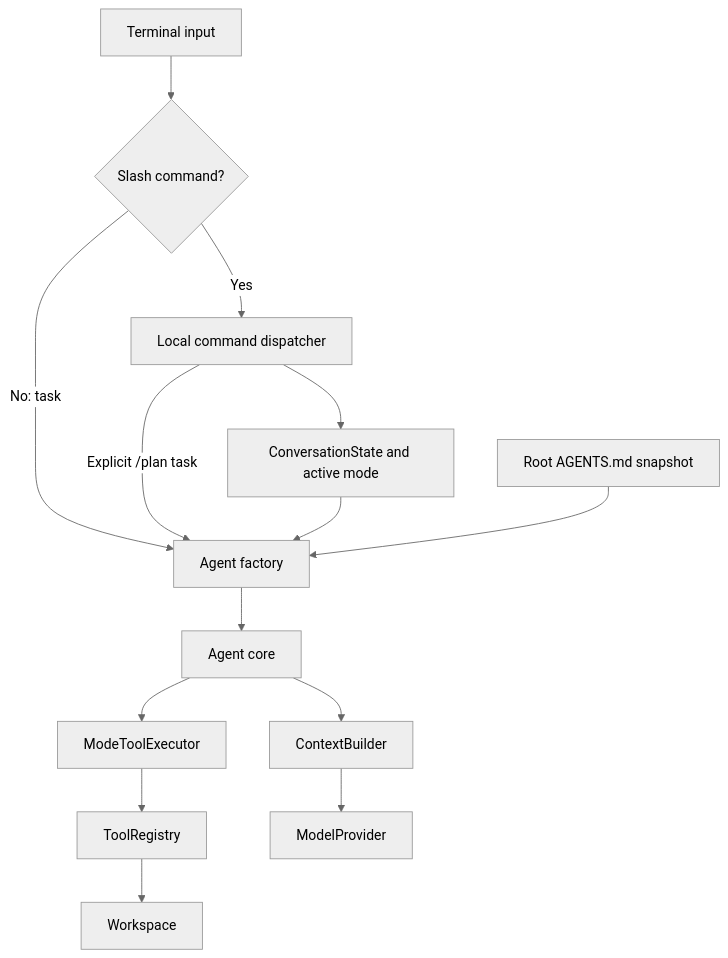
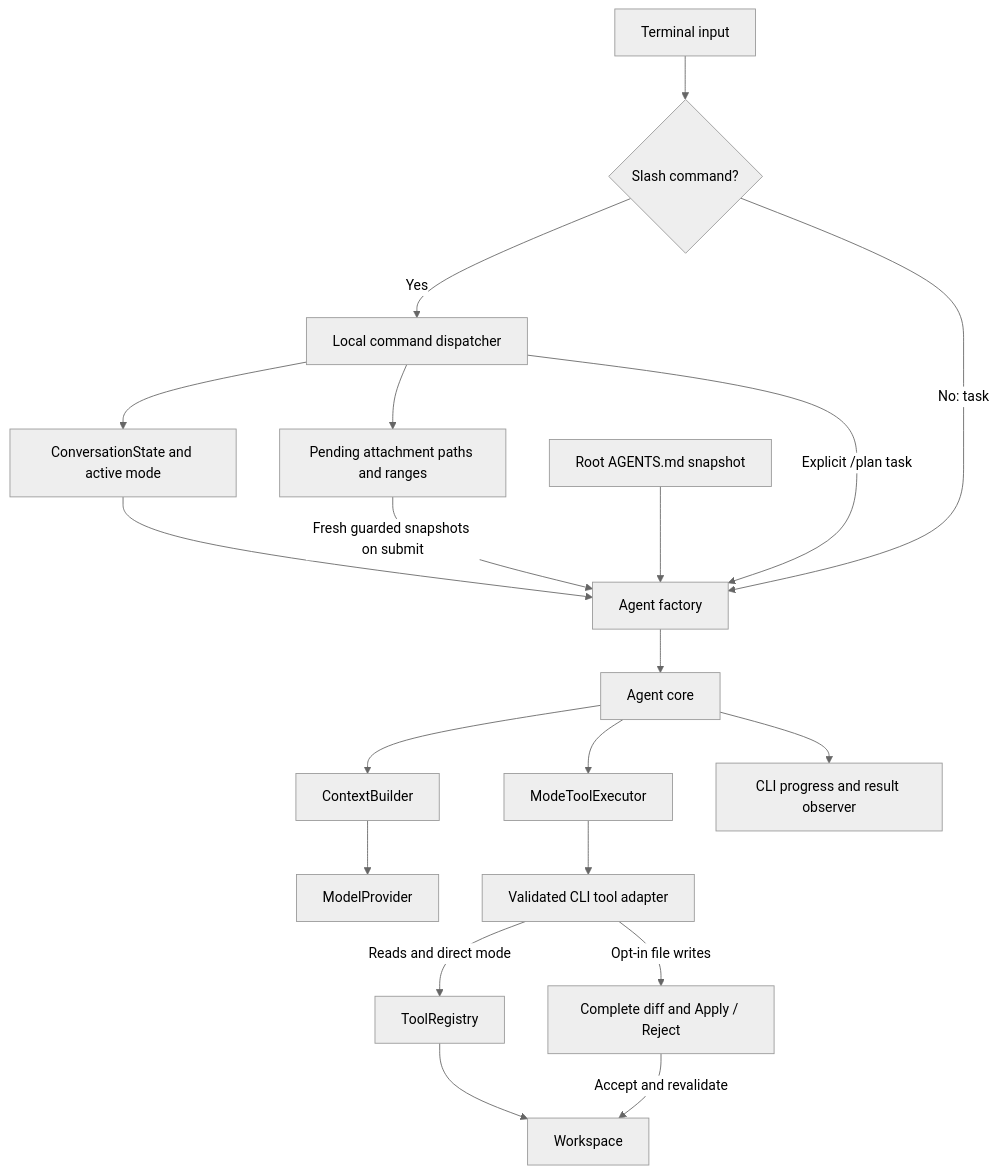
The first of 3 diagrams in docs/interactive.md (mtirtasana/ai-coding-agent), drawn with Mermaid (neutral theme) before and after one commit. The commit also changed other lines of this file and 27 other files, not shown here.

Commit message:
Improve CLI composition, progress, attachments and opt-in reviewed edits

````diff
--- a/docs/interactive.md
+++ b/docs/interactive.md
@@ -73,16 +176,22 @@
 ```mermaid
 flowchart TD
     User["Terminal input"] --> Dispatch{"Slash command?"}
     Dispatch -->|Yes| Commands["Local command dispatcher"]
     Commands --> State["ConversationState and active mode"]
+    Commands --> Attach["Pending attachment paths and ranges"]
+    Attach -->|Fresh guarded snapshots on submit| Factory
     Dispatch -->|No: task| Factory["Agent factory"]
     Commands -->|Explicit /plan task| Factory
     State --> Factory
     Rules["Root AGENTS.md snapshot"] --> Factory
     Factory --> Agent["Agent core"]
     Agent --> Context["ContextBuilder"]
     Agent --> Policy["ModeToolExecutor"]
-    Policy --> Registry["ToolRegistry"]
+    Agent --> Observer["CLI progress and result observer"]
+    Policy --> Console["Validated CLI tool adapter"]
+    Console -->|Reads and direct mode| Registry["ToolRegistry"]
+    Console -->|Opt-in file writes| Review["Complete diff and Apply / Reject"]
+    Review -->|Accept and revalidate| Workspace
     Registry --> Workspace["Workspace"]
     Context --> Provider["ModelProvider"]
 ```
````
